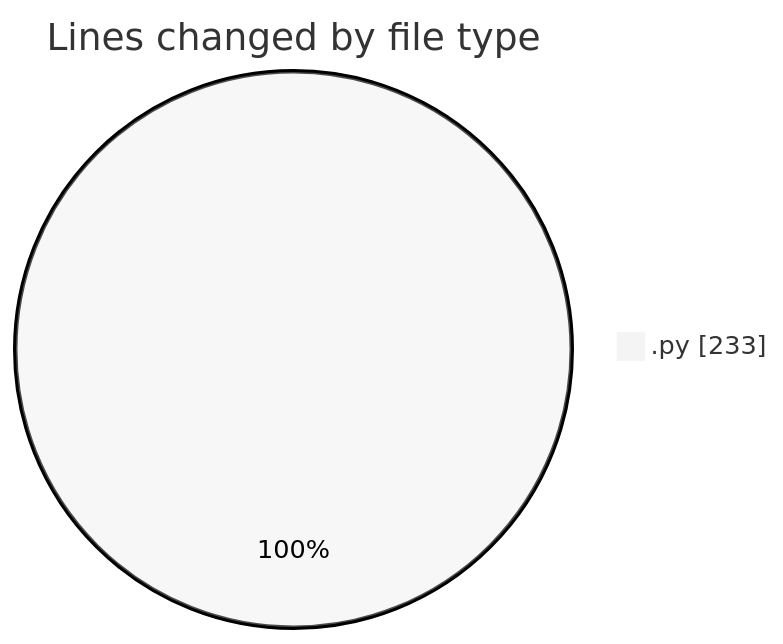
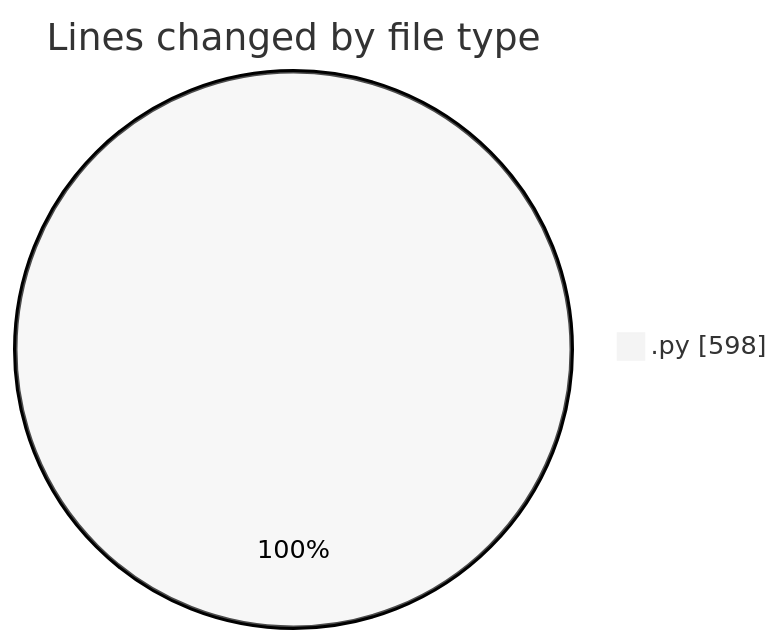
The first of 2 diagrams in 2026-01-11/dsa/README.md (Ritupan-Deka/code-tracking), drawn with Mermaid (neutral theme) before and after one commit. The commit also changed other lines of this file and 1 other file, not shown here.

````diff
--- a/2026-01-11/dsa/README.md
+++ b/2026-01-11/dsa/README.md
@@ -20,5 +20,5 @@
 ```mermaid
 pie showData
 title Lines changed by file type
-".py" : 233
+".py" : 598
 ```
````
